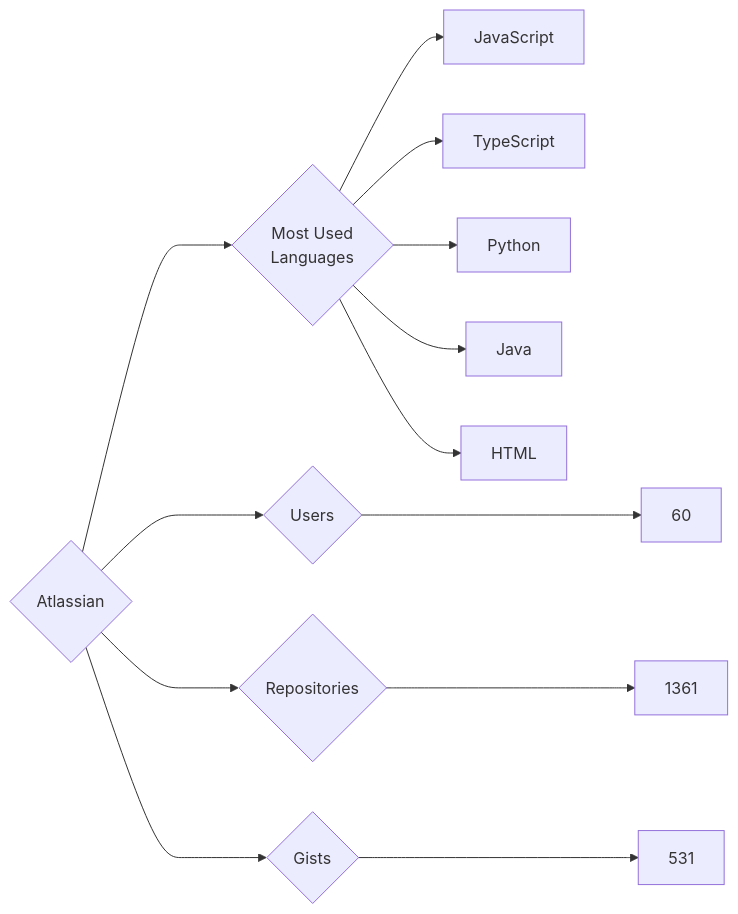
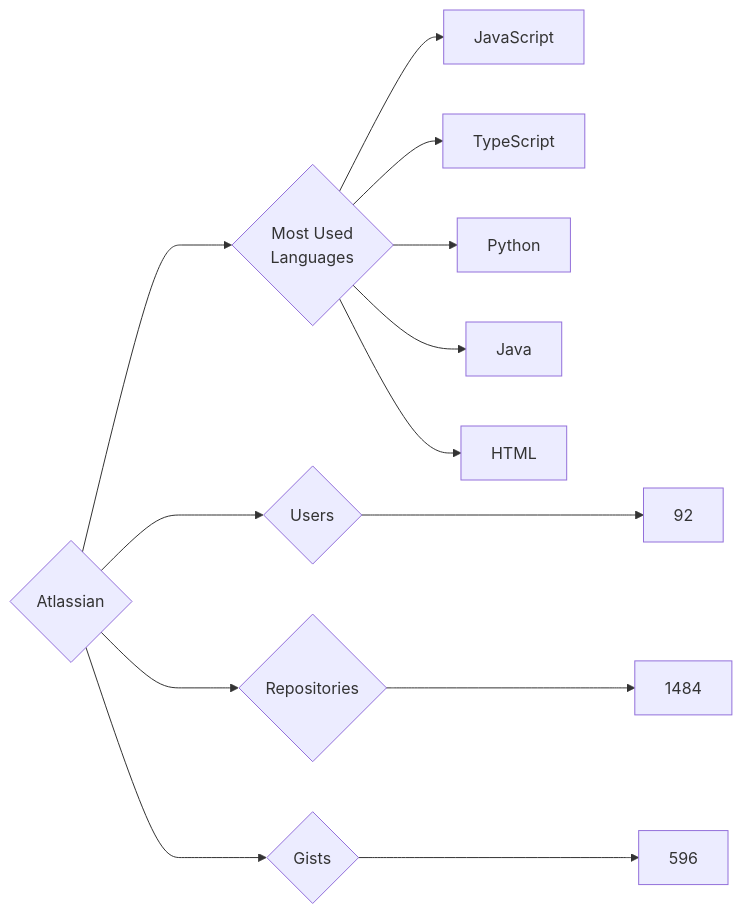
The diagram in targets/Atlassian/README.md (trickest/insiders), drawn with Mermaid before and after one commit. The commit also changed 837 other files, not shown here.

````diff
--- a/targets/Atlassian/README.md
+++ b/targets/Atlassian/README.md
@@ -3,13 +3,13 @@
 ```mermaid
 graph LR
 COMPANY_NAME{Atlassian}
-COMPANY_NAME ---> U{Users} ---> UN[60]
-COMPANY_NAME ---> R{Repositories} ---> RN[1361]
-COMPANY_NAME ---> G{Gists} ---> GN[531]
+COMPANY_NAME ---> U{Users} ---> UN[92]
+COMPANY_NAME ---> R{Repositories} ---> RN[1484]
+COMPANY_NAME ---> G{Gists} ---> GN[596]
 COMPANY_NAME ---> ML{Most Used<br>Languages}
 ML --> JavaScript[JavaScript]
 ML --> TypeScript[TypeScript]
 ML --> Python[Python]
 ML --> Java[Java]
 ML --> HTML[HTML]
 ```
````
